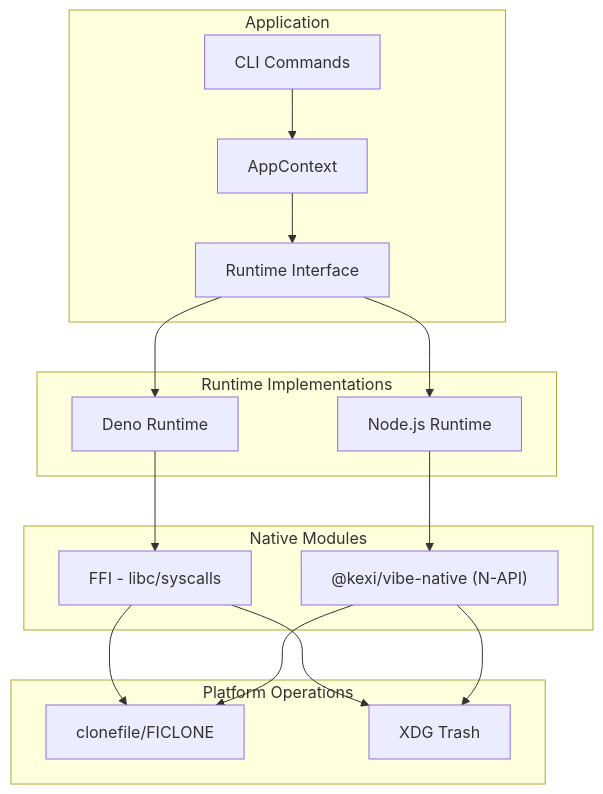
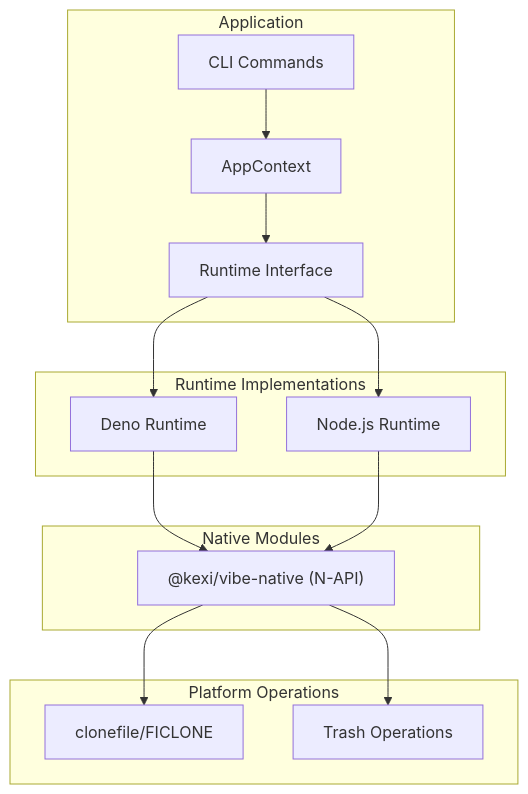
Before and after one commit to kexi/vibe: the first of 4 diagrams in docs/architecture.ja.md, drawn with Mermaid. The commit also changed other lines of this file and 1 other file, not shown here.

Commit message:
docs: update architecture to reflect N-API unification
Update diagrams and component tables to show that both Deno and Node.js
now use the shared @kexi/vibe-native N-API module for native operations.

````diff
--- a/docs/architecture.ja.md
+++ b/docs/architecture.ja.md
@@ -11,24 +11,22 @@
 ```mermaid
 flowchart TD
     subgraph Application
         A[CLI Commands] --> B[AppContext]
         B --> C[Runtime Interface]
     end
 
     subgraph "Runtime Implementations"
         C --> D[Deno Runtime]
         C --> E[Node.js Runtime]
     end
 
     subgraph "Native Modules"
-        D --> F[FFI - libc/syscalls]
-        E --> G["@kexi/vibe-native (N-API)"]
+        D --> F["@kexi/vibe-native (N-API)"]
+        E --> F
     end
 
     subgraph "Platform Operations"
         F --> H[clonefile/FICLONE]
-        G --> H
-        F --> I[XDG Trash]
-        G --> I
+        F --> I[Trash Operations]
     end
 ```
````
